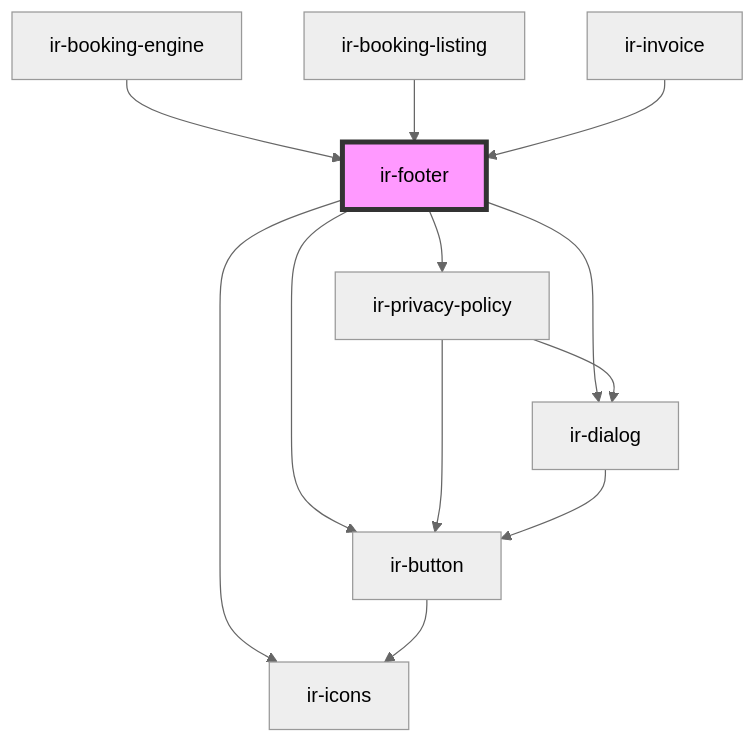
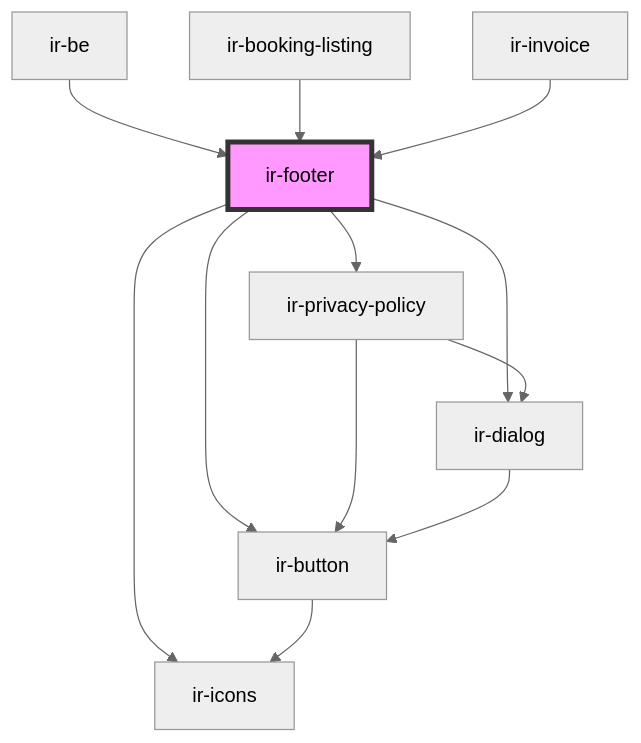
The diagram in src/components/ir-booking-engine/ir-footer/readme.md (RonyRizk/ir-be), drawn with Mermaid (neutral theme) before and after one commit. The commit also changed other lines of this file and 144 other files, not shown here.

````diff
--- a/src/components/ir-booking-engine/ir-footer/readme.md
+++ b/src/components/ir-booking-engine/ir-footer/readme.md
@@ -24,15 +31,15 @@
 ```mermaid
 graph TD;
   ir-footer --> ir-button
   ir-footer --> ir-privacy-policy
   ir-footer --> ir-icons
   ir-footer --> ir-dialog
   ir-button --> ir-icons
   ir-privacy-policy --> ir-button
   ir-privacy-policy --> ir-dialog
   ir-dialog --> ir-button
-  ir-booking-engine --> ir-footer
+  ir-be --> ir-footer
   ir-booking-listing --> ir-footer
   ir-invoice --> ir-footer
   style ir-footer fill:#f9f,stroke:#333,stroke-width:4px
 ```
````
